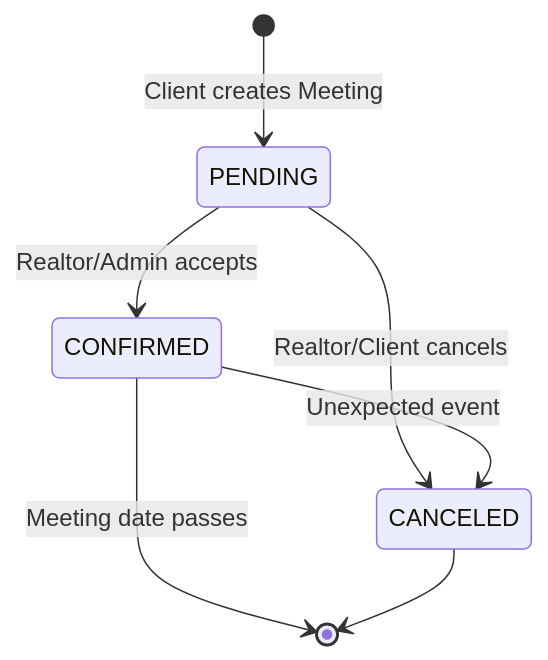
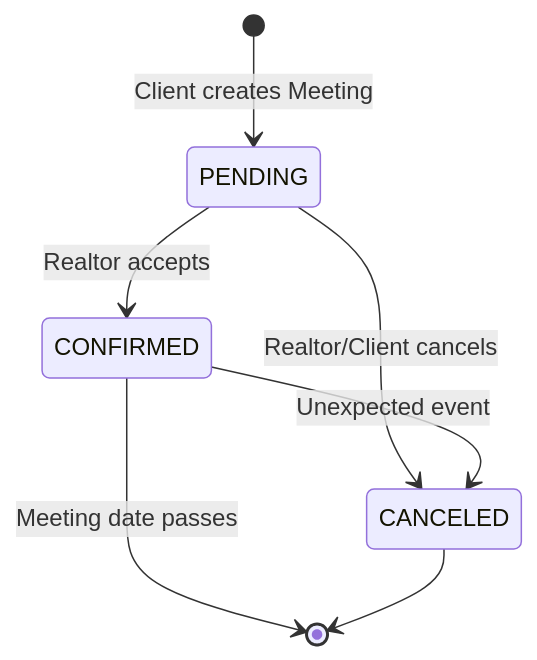
One commit to Majkle/NNPRO-REMAX-BE changed diagram 14 of 15 in doc/Architecture_and_Design.md. Above: the diagram before and after it, drawn with Mermaid. The commit also changed other lines of this file and 1 other file, not shown here.

````diff
--- a/doc/Architecture_and_Design.md
+++ b/doc/Architecture_and_Design.md
@@ -343,9 +575,9 @@
 ```mermaid
 stateDiagram-v2
     [*] --> PENDING: Client creates Meeting
-    PENDING --> CONFIRMED: Realtor/Admin accepts
+    PENDING --> CONFIRMED: Realtor accepts
     PENDING --> CANCELED: Realtor/Client cancels
     CONFIRMED --> CANCELED: Unexpected event
     CONFIRMED --> [*]: Meeting date passes
     CANCELED --> [*]
 ```
````
